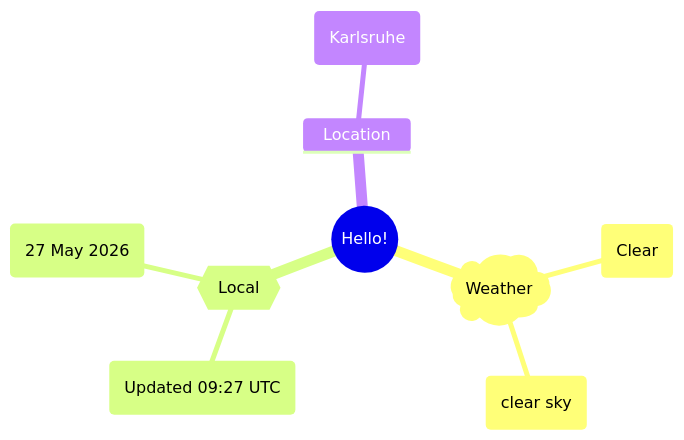
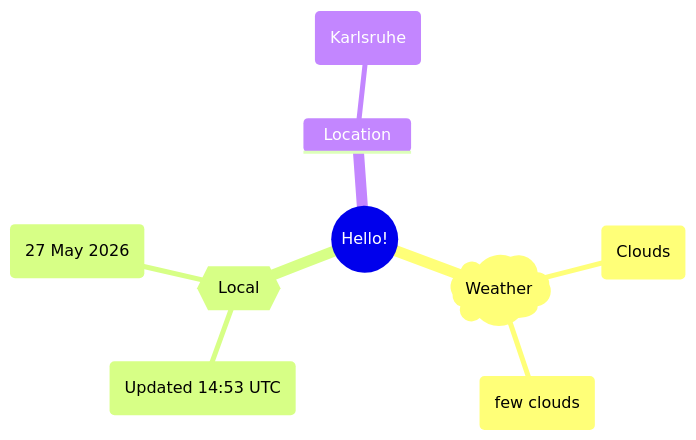
One commit to Xosrov/Xosrov changed the first of 2 diagrams in README.md. Above: the diagram before and after it, drawn with Mermaid.

Commit message:
[bot] updated images

````diff
--- a/README.md
+++ b/README.md
@@ -3,12 +3,12 @@
 ```mermaid
 mindmap
   root((Hello!))
     )Weather(
-        (Clear)
-        (clear sky)
+        (Clouds)
+        (few clouds)
     {{Local}}
-        (Updated 09:27 UTC)
+        (Updated 14:53 UTC)
         (27 May 2026)
     Location
         (Karlsruhe)
 ```
````
